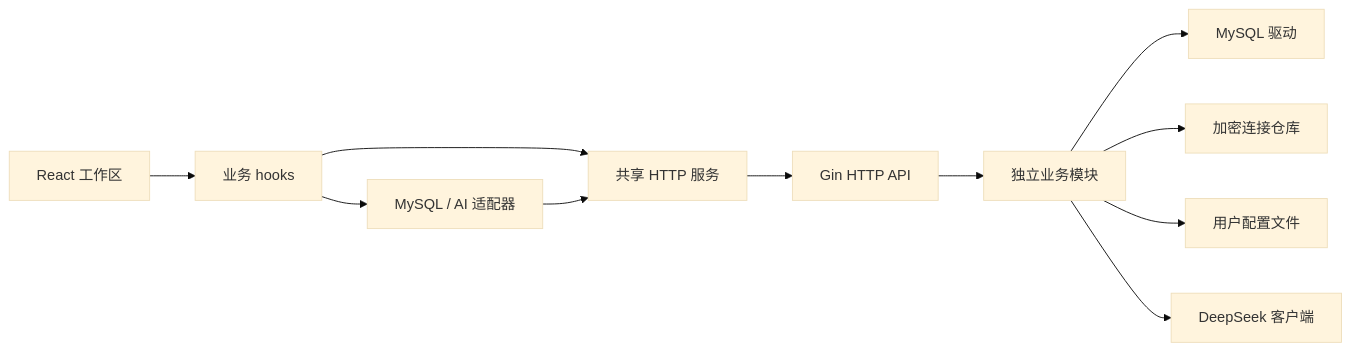
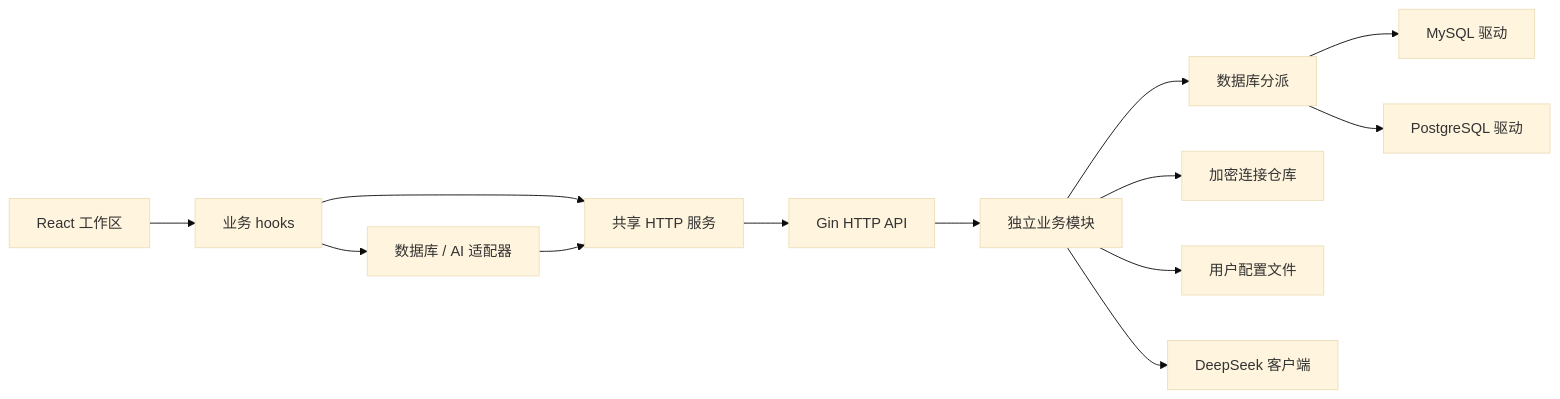
Before and after one commit to xiaozhang95/SQL-Studio: the diagram in docs/ARCHITECTURE.md, drawn with Mermaid (base theme). The commit also changed other lines of this file and 140 other files, not shown here.

````diff
--- a/docs/ARCHITECTURE.md
+++ b/docs/ARCHITECTURE.md
@@ -37,13 +40,15 @@
 ```mermaid
 flowchart LR
   UI[React 工作区] --> Hooks[业务 hooks]
-  Hooks --> Adapter[MySQL / AI 适配器]
+  Hooks --> Adapter[数据库 / AI 适配器]
   Hooks --> HTTP[共享 HTTP 服务]
   Adapter --> HTTP
   HTTP --> Gin[Gin HTTP API]
   Gin --> Modules[独立业务模块]
-  Modules --> MySQL[MySQL 驱动]
+  Modules --> Engines[数据库分派]
+  Engines --> MySQL[MySQL 驱动]
+  Engines --> PG[PostgreSQL 驱动]
   Modules --> Connections[加密连接仓库]
   Modules --> State[用户配置文件]
   Modules --> DeepSeek[DeepSeek 客户端]
 ```
````
